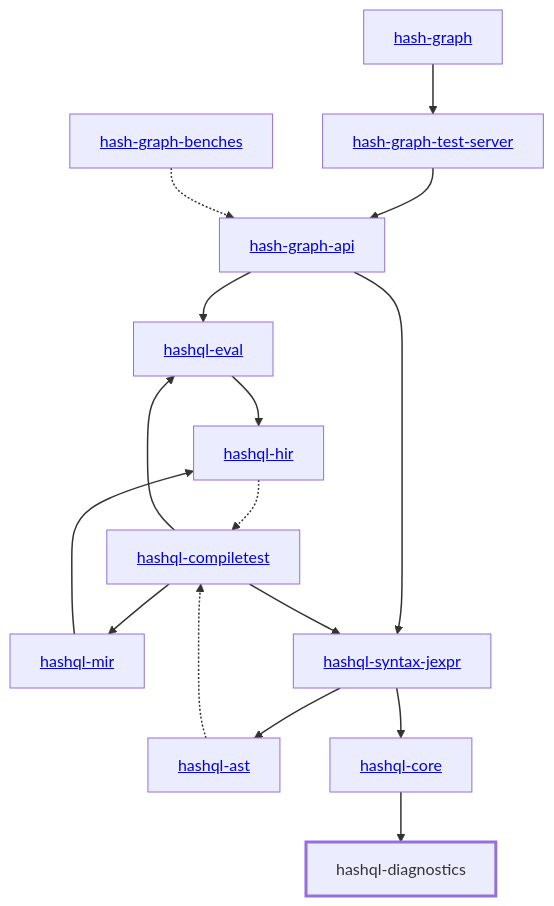
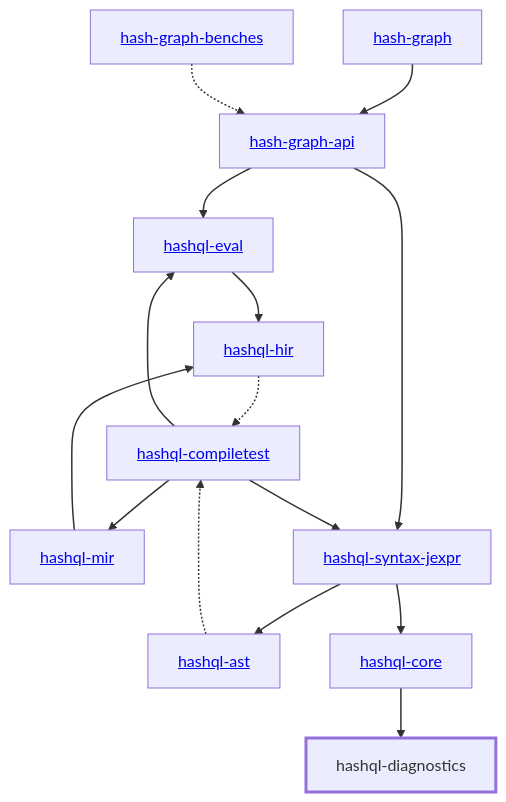
One commit to hashintel/hash changed the diagram in libs/@local/hashql/diagnostics/docs/dependency-diagram.mmd. Above: the diagram before and after it, drawn with Mermaid. The commit also changed 85 other files, not shown here.

First line of the commit message:
BE-426: Merge graph test-server into admin endpoint in main binary

```diff
--- a/libs/@local/hashql/diagnostics/docs/dependency-diagram.mmd
+++ b/libs/@local/hashql/diagnostics/docs/dependency-diagram.mmd
@@ -1,38 +1,36 @@
 graph TD
     linkStyle default stroke-width:1.5px
     classDef default stroke-width:1px
     classDef root stroke-width:3px
     classDef dev stroke-width:1px
     classDef build stroke-width:1px
     %% Legend
     %% --> : Normal dependency
     %% -.-> : Dev dependency
     %% ---> : Build dependency
     0[<a href="../hash_graph/index.html">hash-graph</a>]
     1[<a href="../hash_graph_api/index.html">hash-graph-api</a>]
-    2[<a href="../hash_graph_test_server/index.html">hash-graph-test-server</a>]
-    3[<a href="../hashql_ast/index.html">hashql-ast</a>]
-    4[<a href="../hashql_compiletest/index.html">hashql-compiletest</a>]
-    5[<a href="../hashql_core/index.html">hashql-core</a>]
-    6[hashql-diagnostics]
-    class 6 root
-    7[<a href="../hashql_eval/index.html">hashql-eval</a>]
-    8[<a href="../hashql_hir/index.html">hashql-hir</a>]
-    9[<a href="../hashql_mir/index.html">hashql-mir</a>]
-    10[<a href="../hashql_syntax_jexpr/index.html">hashql-syntax-jexpr</a>]
-    11[<a href="../hash_graph_benches/index.html">hash-graph-benches</a>]
-    0 --> 2
-    1 --> 7
-    1 --> 10
-    2 --> 1
-    3 -.-> 4
-    4 --> 7
-    4 --> 9
-    4 --> 10
-    5 --> 6
-    7 --> 8
-    8 -.-> 4
-    9 --> 8
-    10 --> 3
-    10 --> 5
-    11 -.-> 1
+    2[<a href="../hashql_ast/index.html">hashql-ast</a>]
+    3[<a href="../hashql_compiletest/index.html">hashql-compiletest</a>]
+    4[<a href="../hashql_core/index.html">hashql-core</a>]
+    5[hashql-diagnostics]
+    class 5 root
+    6[<a href="../hashql_eval/index.html">hashql-eval</a>]
+    7[<a href="../hashql_hir/index.html">hashql-hir</a>]
+    8[<a href="../hashql_mir/index.html">hashql-mir</a>]
+    9[<a href="../hashql_syntax_jexpr/index.html">hashql-syntax-jexpr</a>]
+    10[<a href="../hash_graph_benches/index.html">hash-graph-benches</a>]
+    0 --> 1
+    1 --> 6
+    1 --> 9
+    2 -.-> 3
+    3 --> 6
+    3 --> 8
+    3 --> 9
+    4 --> 5
+    6 --> 7
+    7 -.-> 3
+    8 --> 7
+    9 --> 2
+    9 --> 4
+    10 -.-> 1
```
